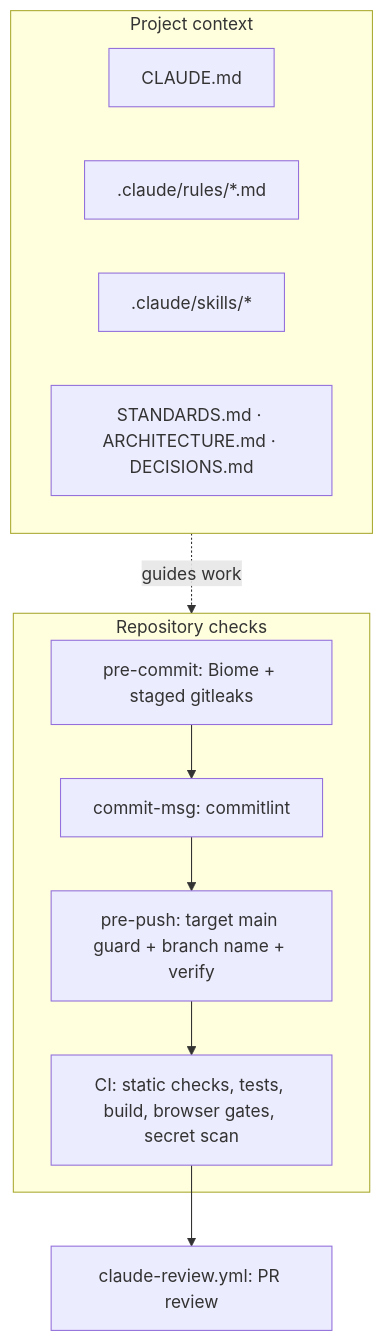
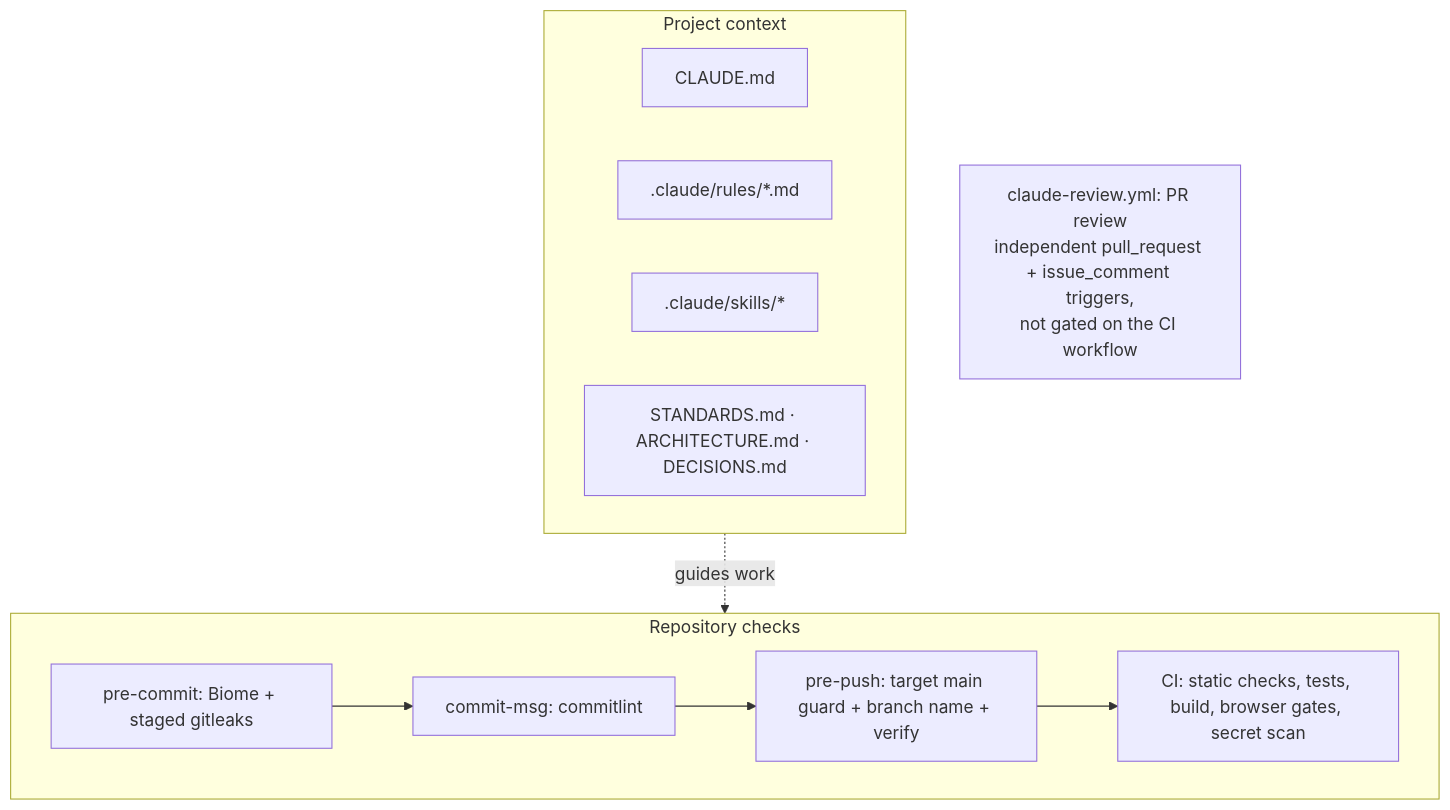
One commit to erikunha/portfolio changed the diagram in docs/06-ai-development.md. Above: the diagram before and after it, drawn with Mermaid. The commit also changed 26 other files, not shown here.

First line of the commit message:
docs(sync): re-sync docs and mermaid diagrams to the redesigned chrome

````diff
--- a/docs/06-ai-development.md
+++ b/docs/06-ai-development.md
@@ -7,19 +7,19 @@
 ```mermaid
 flowchart TB
     subgraph ctx["Project context"]
         cl["CLAUDE.md"]
         rules[".claude/rules/*.md"]
         skills[".claude/skills/*"]
         docs["STANDARDS.md · ARCHITECTURE.md · DECISIONS.md"]
     end
     subgraph checks["Repository checks"]
         commit["pre-commit: Biome + staged gitleaks"]
         msg["commit-msg: commitlint"]
         push["pre-push: target main guard + branch name + verify"]
         ci["CI: static checks, tests, build, browser gates, secret scan"]
     end
     ctx -. guides work .-> checks
     commit --> msg
     msg --> push --> ci
-    ci --> review["claude-review.yml: PR review"]
+    review["claude-review.yml: PR review<br/>independent pull_request + issue_comment triggers,<br/>not gated on the CI workflow"]
 ```
````
